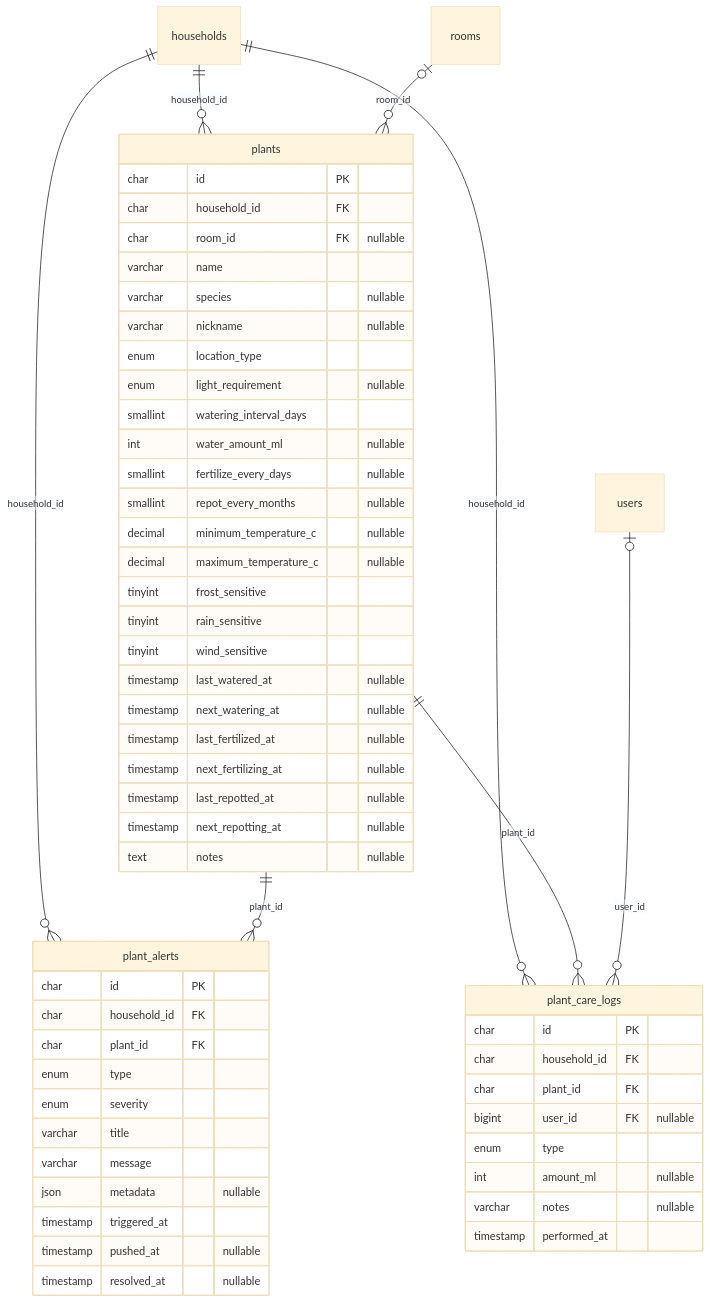
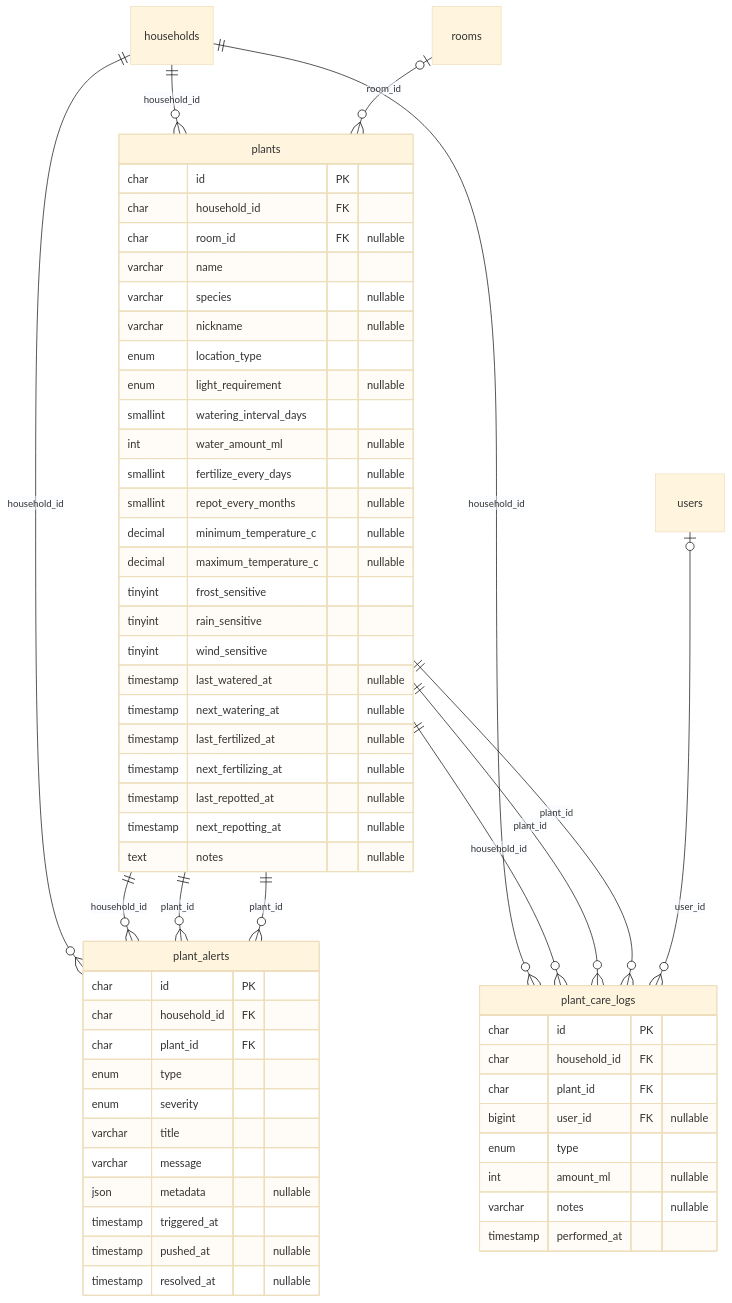
The sixth of 8 diagrams in docs/database.md (kgiannopoulou/home-helper-api), drawn with Mermaid (base theme) before and after one commit. The commit also changed other lines of this file and 7 other files, not shown here.

````diff
--- a/docs/database.md
+++ b/docs/database.md
@@ -278,59 +289,63 @@
 ```mermaid
 erDiagram
     plants {
         char id PK
         char household_id FK
         char room_id FK "nullable"
         varchar name
         varchar species "nullable"
         varchar nickname "nullable"
         enum location_type
         enum light_requirement "nullable"
         smallint watering_interval_days
         int water_amount_ml "nullable"
         smallint fertilize_every_days "nullable"
         smallint repot_every_months "nullable"
         decimal minimum_temperature_c "nullable"
         decimal maximum_temperature_c "nullable"
         tinyint frost_sensitive
         tinyint rain_sensitive
         tinyint wind_sensitive
         timestamp last_watered_at "nullable"
         timestamp next_watering_at "nullable"
         timestamp last_fertilized_at "nullable"
         timestamp next_fertilizing_at "nullable"
         timestamp last_repotted_at "nullable"
         timestamp next_repotting_at "nullable"
         text notes "nullable"
     }
     plant_care_logs {
         char id PK
         char household_id FK
         char plant_id FK
         bigint user_id FK "nullable"
         enum type
         int amount_ml "nullable"
         varchar notes "nullable"
         timestamp performed_at
     }
     plant_alerts {
         char id PK
         char household_id FK
         char plant_id FK
         enum type
         enum severity
         varchar title
         varchar message
         json metadata "nullable"
         timestamp triggered_at
         timestamp pushed_at "nullable"
         timestamp resolved_at "nullable"
     }
     households ||--o{ plant_alerts : "household_id"
+    plants ||--o{ plant_alerts : "household_id"
+    plants ||--o{ plant_alerts : "plant_id"
     plants ||--o{ plant_alerts : "plant_id"
     households ||--o{ plant_care_logs : "household_id"
+    plants ||--o{ plant_care_logs : "household_id"
+    plants ||--o{ plant_care_logs : "plant_id"
     plants ||--o{ plant_care_logs : "plant_id"
     users |o--o{ plant_care_logs : "user_id"
     households ||--o{ plants : "household_id"
     rooms |o--o{ plants : "room_id"
 ```
````
